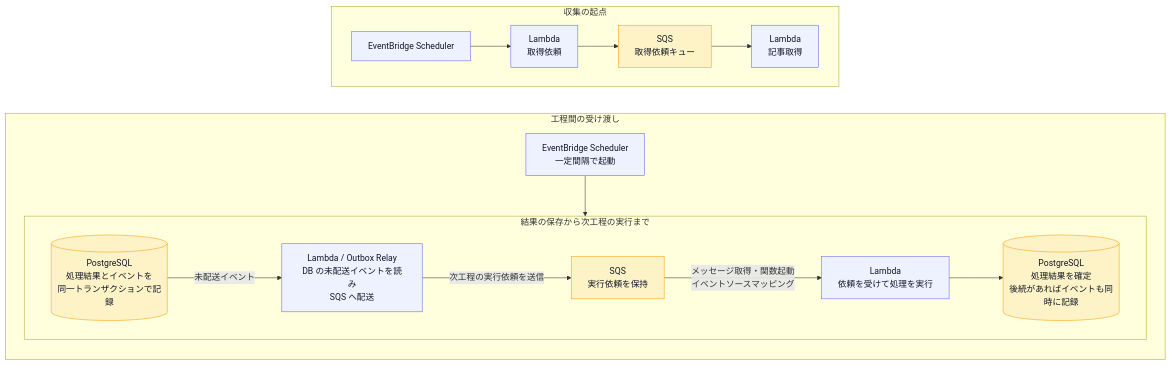
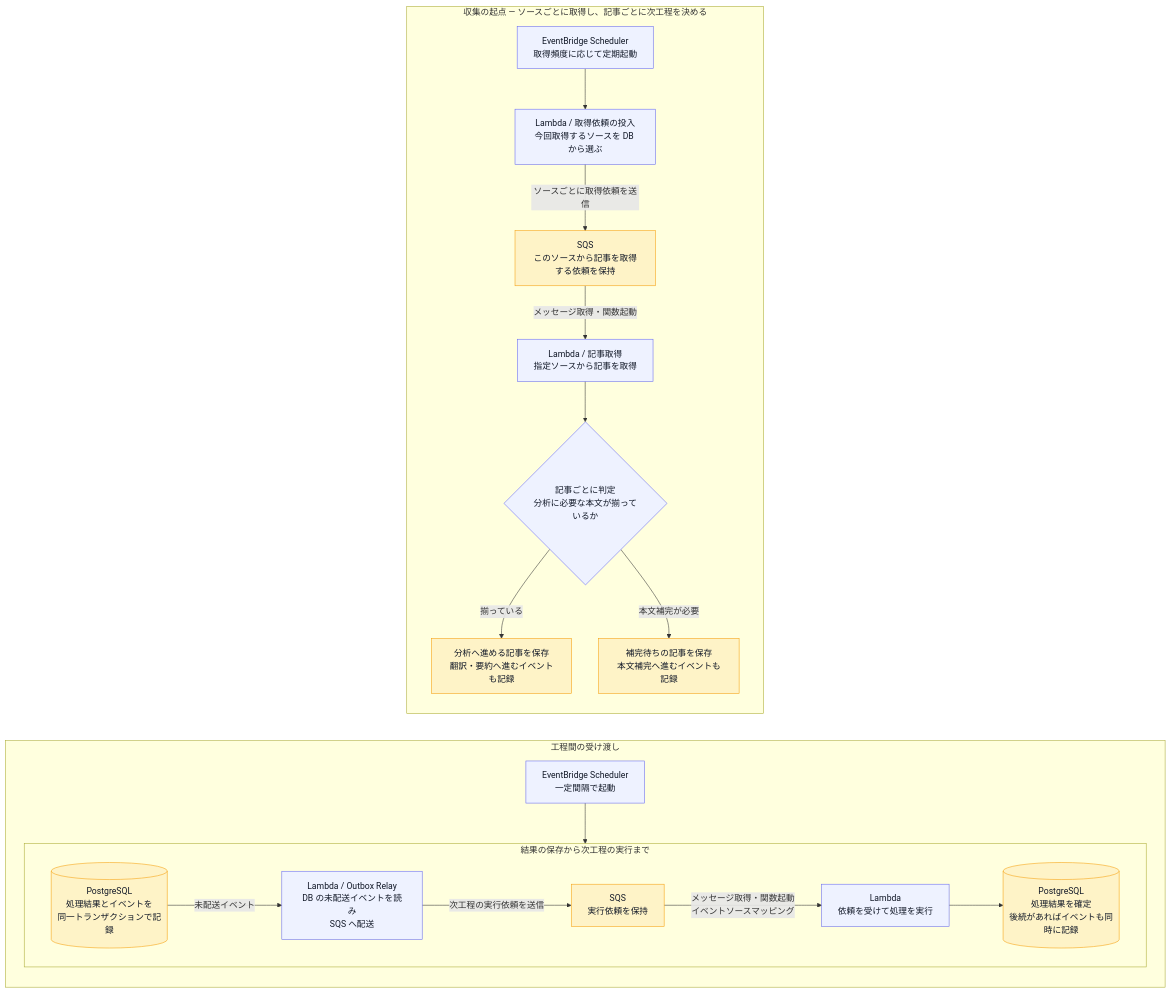
The second of 2 diagrams in README.md (yook11/Vector), drawn with Mermaid before and after one commit. The commit also changed other lines of this file, not shown here.

Commit message:
docs: 記事収集のソース別依頼と取得後の分岐を図示する

````diff
--- a/README.md
+++ b/README.md
@@ -160,30 +160,35 @@
 ```mermaid
 flowchart TB
-    subgraph Start["収集の起点"]
-        direction LR
-        SCHEDULE["EventBridge Scheduler"] --> DISPATCH["Lambda<br/>取得依頼"]
-        DISPATCH --> REQUEST["SQS<br/>取得依頼キュー"]
-        REQUEST --> ACQUIRE["Lambda<br/>記事取得"]
+    subgraph Start["収集の起点 — ソースごとに取得し、記事ごとに次工程を決める"]
+        direction TB
+        SCHEDULE["EventBridge Scheduler<br/>取得頻度に応じて定期起動"]
+        SCHEDULE --> DISPATCH["Lambda / 取得依頼の投入<br/>今回取得するソースを DB から選ぶ"]
+        DISPATCH -->|ソースごとに取得依頼を送信| REQUEST["SQS<br/>このソースから記事を取得する依頼を保持"]
+        REQUEST -->|メッセージ取得・関数起動| ACQUIRE["Lambda / 記事取得<br/>指定ソースから記事を取得"]
+        ACQUIRE --> READY{"記事ごとに判定<br/>分析に必要な本文が揃っているか"}
+        READY -->|揃っている| ANALYZABLE["分析へ進める記事を保存<br/>翻訳・要約へ進むイベントも記録"]
+        READY -->|本文補完が必要| INCOMPLETE["補完待ちの記事を保存<br/>本文補完へ進むイベントも記録"]
     end
 
     subgraph Handoff["工程間の受け渡し"]
         direction TB
         TIMER["EventBridge Scheduler<br/>一定間隔で起動"]
         subgraph Delivery["結果の保存から次工程の実行まで"]
             direction LR
             DB[("PostgreSQL<br/>処理結果とイベントを<br/>同一トランザクションで記録")]
             DB -->|未配送イベント| RELAY["Lambda / Outbox Relay<br/>DB の未配送イベントを読み<br/>SQS へ配送"]
             RELAY -->|次工程の実行依頼を送信| QUEUE["SQS<br/>実行依頼を保持"]
             QUEUE -->|メッセージ取得・関数起動<br/>イベントソースマッピング| NEXT["Lambda<br/>依頼を受けて処理を実行"]
             NEXT --> SAVE[("PostgreSQL<br/>処理結果を確定<br/>後続があればイベントも同時に記録")]
         end
         TIMER --> RELAY
     end
 
     Start ~~~ Handoff
 
     classDef compute fill:#eef2ff,stroke:#6366f1,color:#111827;
     classDef data fill:#fef3c7,stroke:#f59e0b,color:#111827;
     class SCHEDULE,DISPATCH,ACQUIRE,TIMER,RELAY,NEXT compute
-    class REQUEST,DB,QUEUE,SAVE data
+    class REQUEST,DB,QUEUE,SAVE,ANALYZABLE,INCOMPLETE data
+    class READY compute
 ```
````
